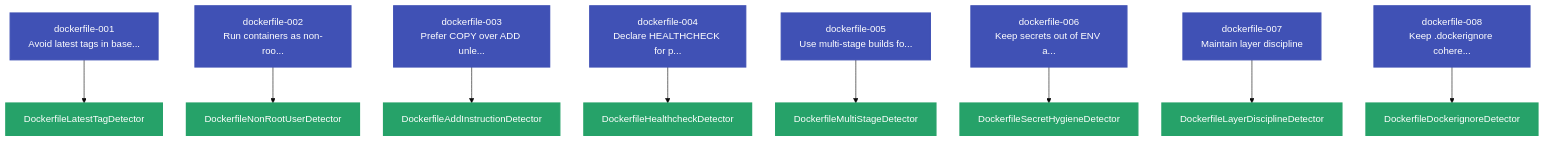
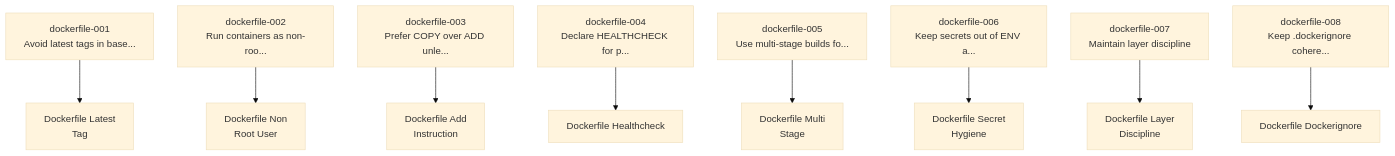
The first of 4 diagrams in docs/user-guide/languages/dockerfile.md (Anselmoo/mcp-zen-of-languages), drawn with Mermaid before and after one commit. The commit also changed other lines of this file and 18 other files, not shown here.

````diff
--- a/docs/user-guide/languages/dockerfile.md
+++ b/docs/user-guide/languages/dockerfile.md
@@ -192,46 +192,28 @@
     ```mermaid
-%%{init: {"theme": "base", "flowchart": {"useMaxWidth": false, "htmlLabels": true, "nodeSpacing": 40, "rankSpacing": 60}}}%%
+    %%{init: {"theme": "base", "flowchart": {"useMaxWidth": false, "htmlLabels": true, "nodeSpacing": 40, "rankSpacing": 60}}}%%
     graph TD
     dockerfile_001["dockerfile-001<br/>Avoid latest tags in base..."]
     dockerfile_002["dockerfile-002<br/>Run containers as non-roo..."]
     dockerfile_003["dockerfile-003<br/>Prefer COPY over ADD unle..."]
     dockerfile_004["dockerfile-004<br/>Declare HEALTHCHECK for p..."]
     dockerfile_005["dockerfile-005<br/>Use multi-stage builds fo..."]
     dockerfile_006["dockerfile-006<br/>Keep secrets out of ENV a..."]
     dockerfile_007["dockerfile-007<br/>Maintain layer discipline"]
     dockerfile_008["dockerfile-008<br/>Keep .dockerignore cohere..."]
-    det_DockerfileAddInstructionDetector["DockerfileAddInstructionDetector"]
+    det_DockerfileAddInstructionDetector["Dockerfile Add<br/>Instruction"]
     dockerfile_003 --> det_DockerfileAddInstructionDetector
-    det_DockerfileDockerignoreDetector["DockerfileDockerignoreDetector"]
+    det_DockerfileDockerignoreDetector["Dockerfile Dockerignore"]
     dockerfile_008 --> det_DockerfileDockerignoreDetector
-    det_DockerfileHealthcheckDetector["DockerfileHealthcheckDetector"]
+    det_DockerfileHealthcheckDetector["Dockerfile Healthcheck"]
     dockerfile_004 --> det_DockerfileHealthcheckDetector
-    det_DockerfileLatestTagDetector["DockerfileLatestTagDetector"]
+    det_DockerfileLatestTagDetector["Dockerfile Latest<br/>Tag"]
     dockerfile_001 --> det_DockerfileLatestTagDetector
-    det_DockerfileLayerDisciplineDetector["DockerfileLayerDisciplineDetector"]
+    det_DockerfileLayerDisciplineDetector["Dockerfile Layer<br/>Discipline"]
     dockerfile_007 --> det_DockerfileLayerDisciplineDetector
-    det_DockerfileMultiStageDetector["DockerfileMultiStageDetector"]
+    det_DockerfileMultiStageDetector["Dockerfile Multi<br/>Stage"]
     dockerfile_005 --> det_DockerfileMultiStageDetector
-    det_DockerfileNonRootUserDetector["DockerfileNonRootUserDetector"]
+    det_DockerfileNonRootUserDetector["Dockerfile Non<br/>Root User"]
     dockerfile_002 --> det_DockerfileNonRootUserDetector
-    det_DockerfileSecretHygieneDetector["DockerfileSecretHygieneDetector"]
+    det_DockerfileSecretHygieneDetector["Dockerfile Secret<br/>Hygiene"]
     dockerfile_006 --> det_DockerfileSecretHygieneDetector
-    classDef principle fill:#4051b5,color:#ffffff,stroke:#4051b5,stroke-width:2px
-    classDef detector fill:#26a269,color:#ffffff,stroke:#26a269,stroke-width:2px
-    class dockerfile_001 principle
-    class dockerfile_002 principle
-    class dockerfile_003 principle
-    class dockerfile_004 principle
-    class dockerfile_005 principle
-    class dockerfile_006 principle
-    class dockerfile_007 principle
-    class dockerfile_008 principle
-    class det_DockerfileAddInstructionDetector detector
-    class det_DockerfileDockerignoreDetector detector
-    class det_DockerfileHealthcheckDetector detector
-    class det_DockerfileLatestTagDetector detector
-    class det_DockerfileLayerDisciplineDetector detector
-    class det_DockerfileMultiStageDetector detector
-    class det_DockerfileNonRootUserDetector detector
-    class det_DockerfileSecretHygieneDetector detector
     ```
````
